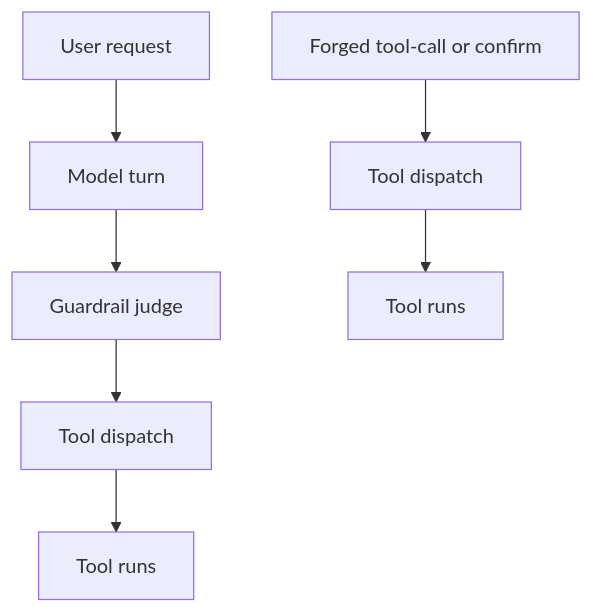
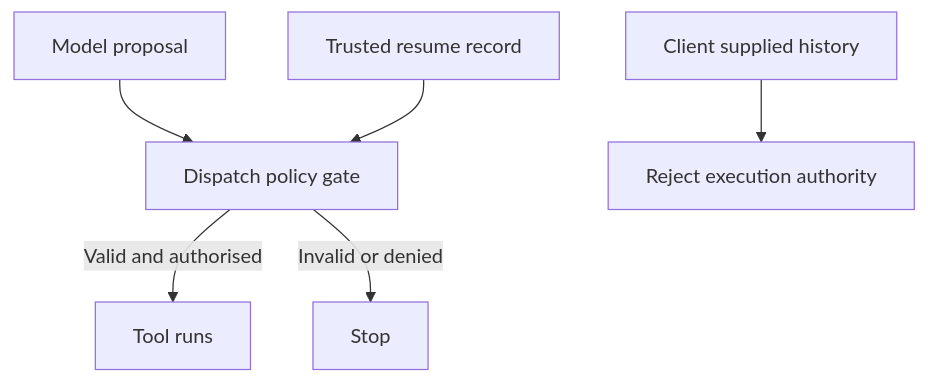
The diagram in src/content/posts/the-guardrail-that-waved-traffic-through.md (amoranio/Brief), drawn with Mermaid before and after one commit. The commit also changed other lines of this file and 6 other files, not shown here.

Commit message:
Improve latest briefs and add approval and retrieval architecture pairs (#36)

````diff
--- a/src/content/posts/the-guardrail-that-waved-traffic-through.md
+++ b/src/content/posts/the-guardrail-that-waved-traffic-through.md
@@ -23,10 +23,9 @@
 ```mermaid
-%% caption: Top path is model then judge then dispatch; bottom is forged payload straight to dispatch
+%% caption: Model proposals and resumed calls converge on the same dispatch gate; untrusted history cannot authorise execution
 flowchart TD
-  req[User request] --> model[Model turn]
-  model --> guard[Guardrail judge]
-  guard --> d1[Tool dispatch]
-  d1 --> t1[Tool runs]
-  forged[Forged tool-call or confirm] --> d2[Tool dispatch]
-  d2 --> t2[Tool runs]
+  model[Model proposal] --> gate[Dispatch policy gate]
+  resume[Trusted resume record] --> gate
+  history[Client supplied history] --> reject[Reject execution authority]
+  gate -->|Valid and authorised| tool[Tool runs]
+  gate -->|Invalid or denied| stop[Stop]
 ```
````
